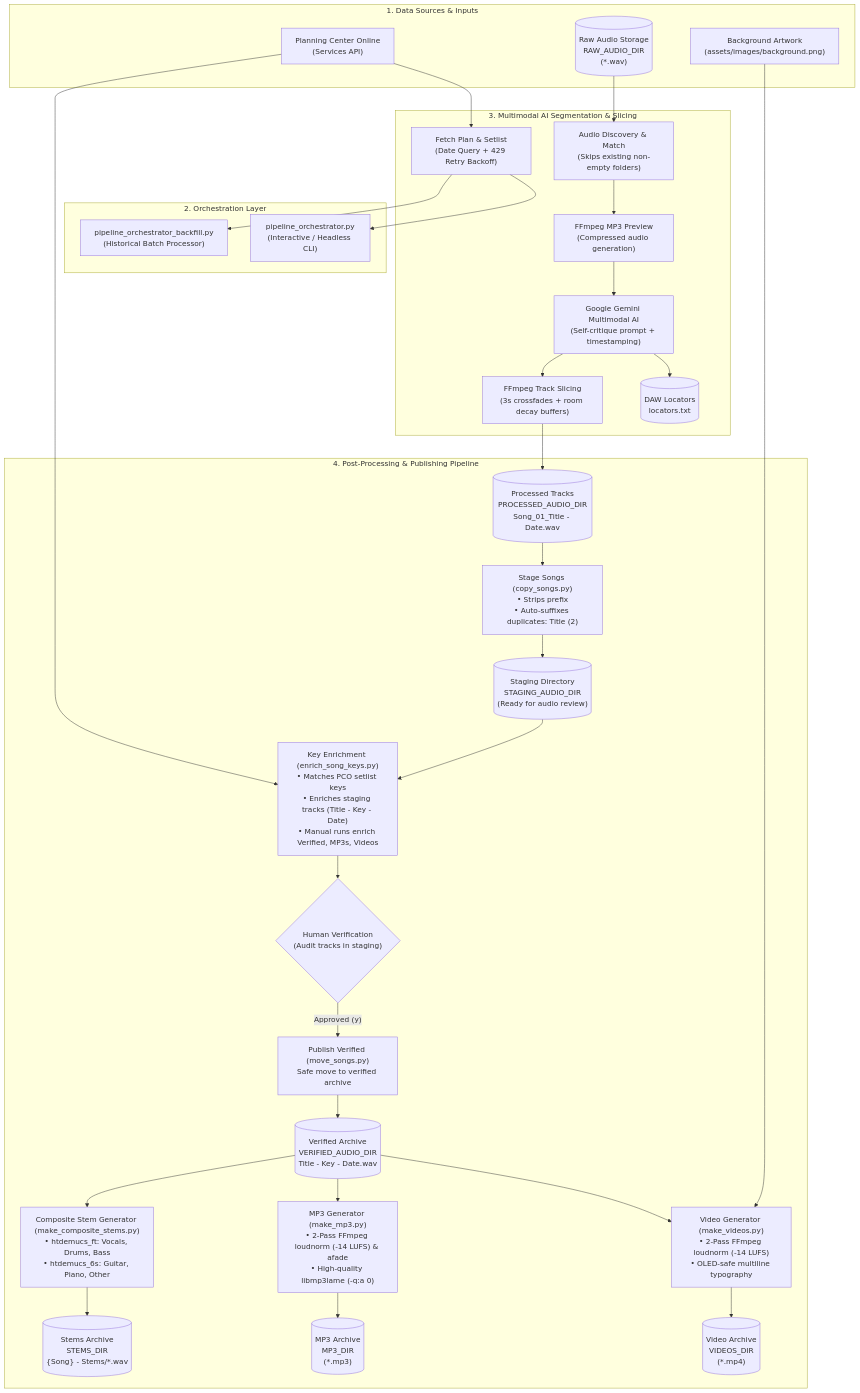
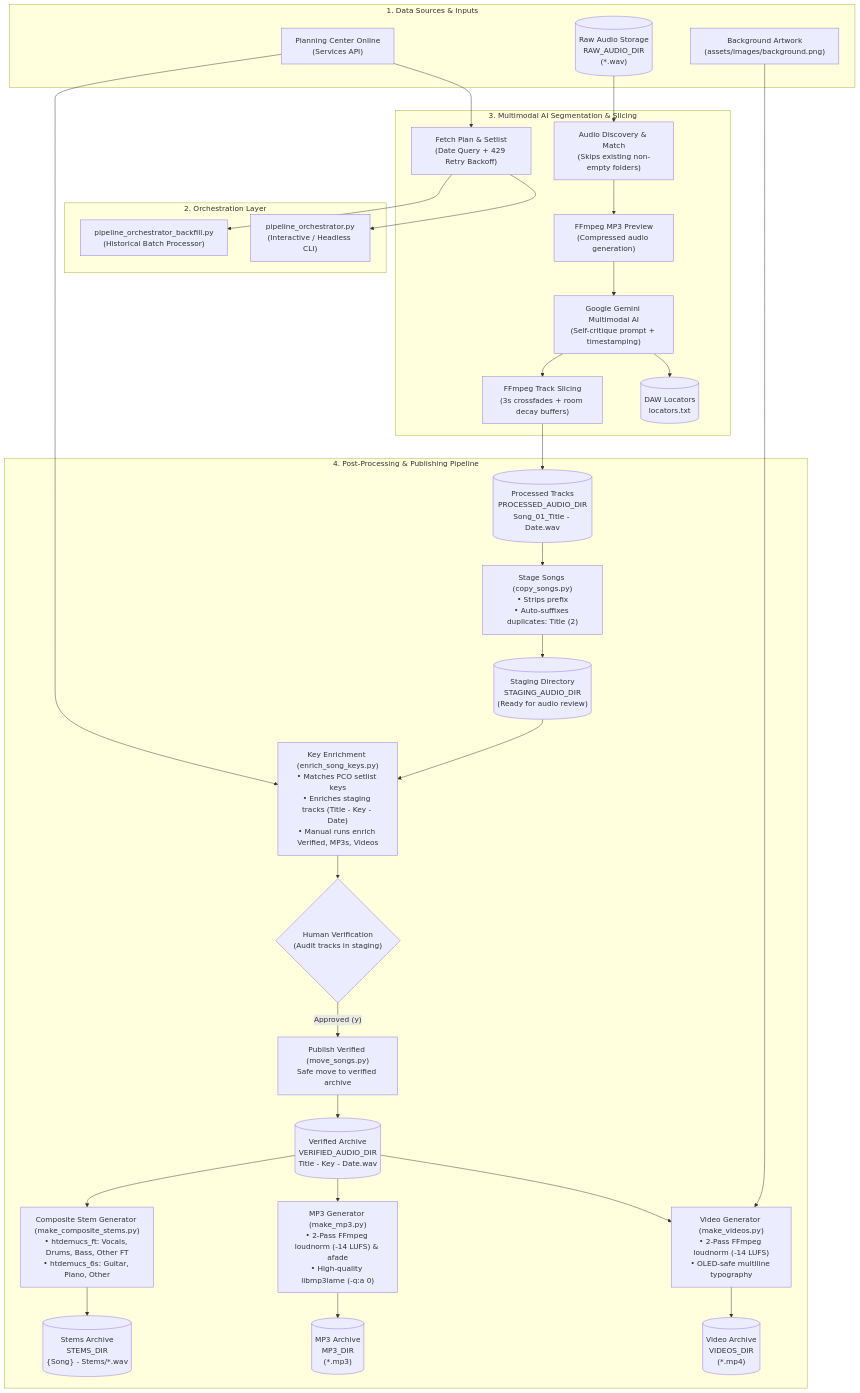
One commit to m4dc0w/song-recording-catalog-pipeline changed the diagram in README.md. Above: the diagram before and after it, drawn with Mermaid. The commit also changed other lines of this file and 2 other files, not shown here.

First line of the commit message:
feat: expand stem separation to 7 tracks

````diff
--- a/README.md
+++ b/README.md
@@ -30,68 +30,68 @@
 ```mermaid
 flowchart TD
     %% External Inputs & APIs
     subgraph Inputs["1. Data Sources & Inputs"]
         PCO["Planning Center Online<br/>(Services API)"]
         RawAudio[("Raw Audio Storage<br/>RAW_AUDIO_DIR<br/>(*.wav)")]
         BgImage["Background Artwork<br/>(assets/images/background.png)"]
     end
 
     %% Orchestrators
     subgraph Orchestration["2. Orchestration Layer"]
         CLI["pipeline_orchestrator.py<br/>(Interactive / Headless CLI)"]
         Backfill["pipeline_orchestrator_backfill.py<br/>(Historical Batch Processor)"]
     end
 
     %% Ingestion & AI Segmentation
     subgraph Segmentation["3. Multimodal AI Segmentation & Slicing"]
         FetchPlan["Fetch Plan & Setlist<br/>(Date Query + 429 Retry Backoff)"]
         MatchAudio["Audio Discovery & Match<br/>(Skips existing non-empty folders)"]
         Downsample["FFmpeg MP3 Preview<br/>(Compressed audio generation)"]
         Gemini["Google Gemini Multimodal AI<br/>(Self-critique prompt + timestamping)"]
         Slicer["FFmpeg Track Slicing<br/>(3s crossfades + room decay buffers)"]
         DawMarkers[("DAW Locators<br/>locators.txt")]
     end
 
     %% Storage & Post Processing
     subgraph PostProcessing["4. Post-Processing & Publishing Pipeline"]
         Processed[("Processed Tracks<br/>PROCESSED_AUDIO_DIR<br/>Song_01_Title - Date.wav")]
         Stage["Stage Songs (copy_songs.py)<br/>• Strips prefix<br/>• Auto-suffixes duplicates: Title (2)"]
         Staging[("Staging Directory<br/>STAGING_AUDIO_DIR<br/>(Ready for audio review)")]
         EnrichKeys["Key Enrichment (enrich_song_keys.py)<br/>• Matches PCO setlist keys<br/>• Enriches staging tracks (Title - Key - Date)<br/>• Manual runs enrich Verified, MP3s, Videos"]
         Verify{"Human Verification<br/>(Audit tracks in staging)"}
         Move["Publish Verified (move_songs.py)<br/>Safe move to verified archive"]
         Verified[("Verified Archive<br/>VERIFIED_AUDIO_DIR<br/>Title - Key - Date.wav")]
         MakeVideo["Video Generator (make_videos.py)<br/>• 2-Pass FFmpeg loudnorm (-14 LUFS)<br/>• OLED-safe multiline typography"]
         Videos[("Video Archive<br/>VIDEOS_DIR<br/>(*.mp4)")]
         MakeMP3["MP3 Generator (make_mp3.py)<br/>• 2-Pass FFmpeg loudnorm (-14 LUFS) & afade<br/>• High-quality libmp3lame (-q:a 0)"]
         MP3s[("MP3 Archive<br/>MP3_DIR<br/>(*.mp3)")]
-        MakeStems["Composite Stem Generator (make_composite_stems.py)<br/>• htdemucs_ft: Vocals, Drums, Bass<br/>• htdemucs_6s: Guitar, Piano, Other"]
+        MakeStems["Composite Stem Generator (make_composite_stems.py)<br/>• htdemucs_ft: Vocals, Drums, Bass, Other FT<br/>• htdemucs_6s: Guitar, Piano, Other"]
         Stems[("Stems Archive<br/>STEMS_DIR<br/>{Song} - Stems/*.wav")]
     end
 
     %% Connections
     PCO --> FetchPlan
     RawAudio --> MatchAudio
     FetchPlan --> CLI
     FetchPlan --> Backfill
     MatchAudio --> Downsample
     Downsample --> Gemini
     Gemini --> DawMarkers
     Gemini --> Slicer
     Slicer --> Processed
 
     Processed --> Stage
     Stage --> Staging
     Staging --> EnrichKeys
     PCO --> EnrichKeys
     EnrichKeys --> Verify
     Verify -- "Approved (y)" --> Move
     Move --> Verified
     Verified --> MakeVideo
     BgImage --> MakeVideo
     MakeVideo --> Videos
     Verified --> MakeMP3
     MakeMP3 --> MP3s
     Verified --> MakeStems
     MakeStems --> Stems
 ```
````
